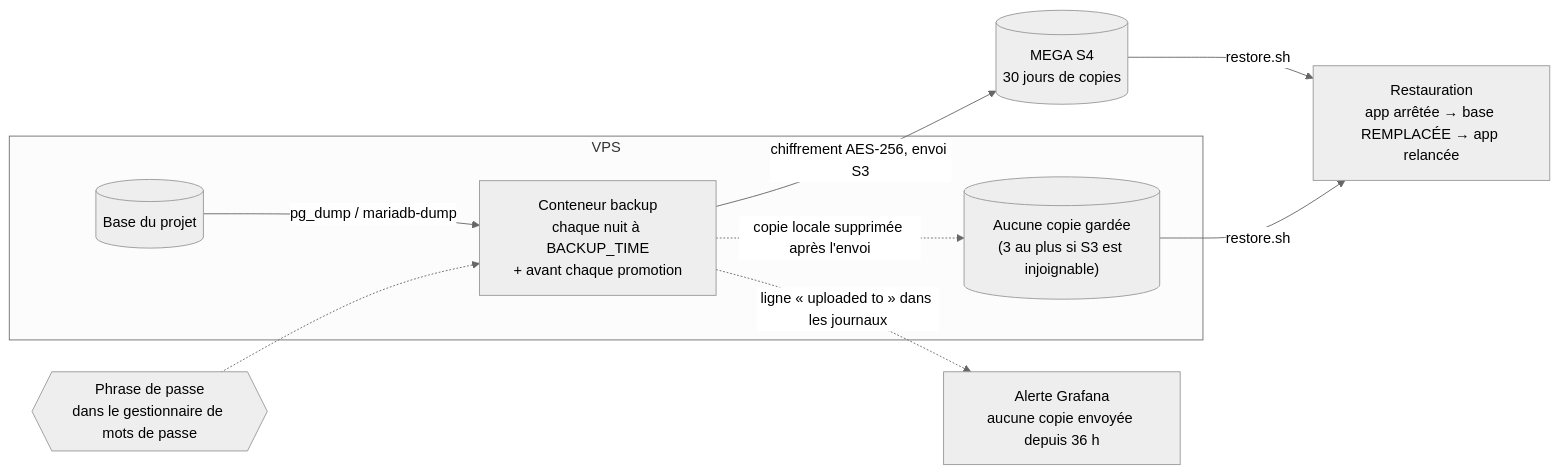
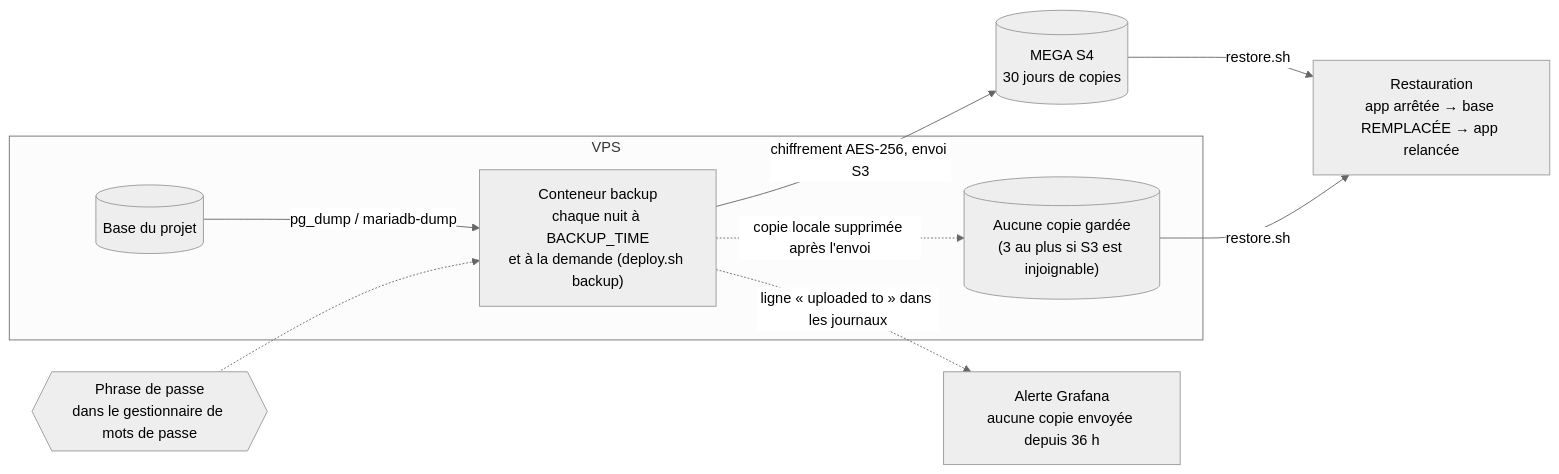
One commit to wilfreidlando/vcam-infra-deploy changed the eighth of 13 diagrams in docs/01-schemas.md. Above: the diagram before and after it, drawn with Mermaid (neutral theme). The commit also changed other lines of this file and 17 other files, not shown here.

First line of the commit message:
feat(sauvegardes) : plus de sauvegarde automatique au déploiement ; deploy.sh backup à la demande (ADR-0067 §3, contrat 2.3)

````diff
--- a/docs/01-schemas.md
+++ b/docs/01-schemas.md
@@ -309,19 +312,19 @@
 ```mermaid
 flowchart LR
     subgraph Serveur["VPS"]
         DB[("Base du projet")]
-        Agent["Conteneur backup<br/>chaque nuit à BACKUP_TIME<br/>+ avant chaque promotion"]
+        Agent["Conteneur backup<br/>chaque nuit à BACKUP_TIME<br/>et à la demande (deploy.sh backup)"]
         Local[("Aucune copie gardée<br/>(3 au plus si S3 est injoignable)")]
     end
     Pass{{"Phrase de passe<br/>dans le gestionnaire de mots de passe"}}
     Remote[("MEGA S4<br/>30 jours de copies")]
 
     DB -->|"pg_dump / mariadb-dump"| Agent
     Agent -->|"chiffrement AES-256, envoi S3"| Remote
     Agent -. "copie locale supprimée après l'envoi" .-> Local
     Pass -.-> Agent
 
     Remote -->|"restore.sh"| Restore["Restauration<br/>app arrêtée → base REMPLACÉE → app relancée"]
     Local -->|"restore.sh"| Restore
     Agent -. "ligne « uploaded to » dans les journaux" .-> Watch["Alerte Grafana<br/>aucune copie envoyée depuis 36 h"]
 ```
````
